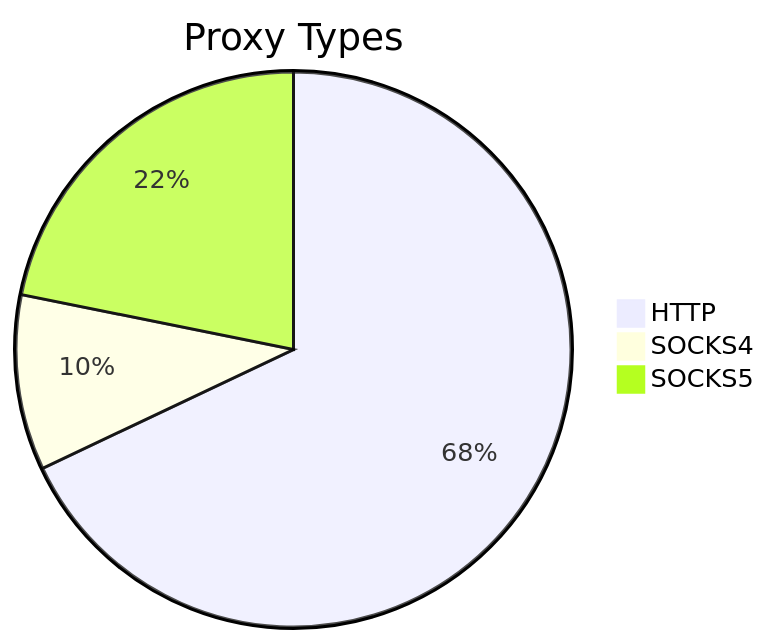
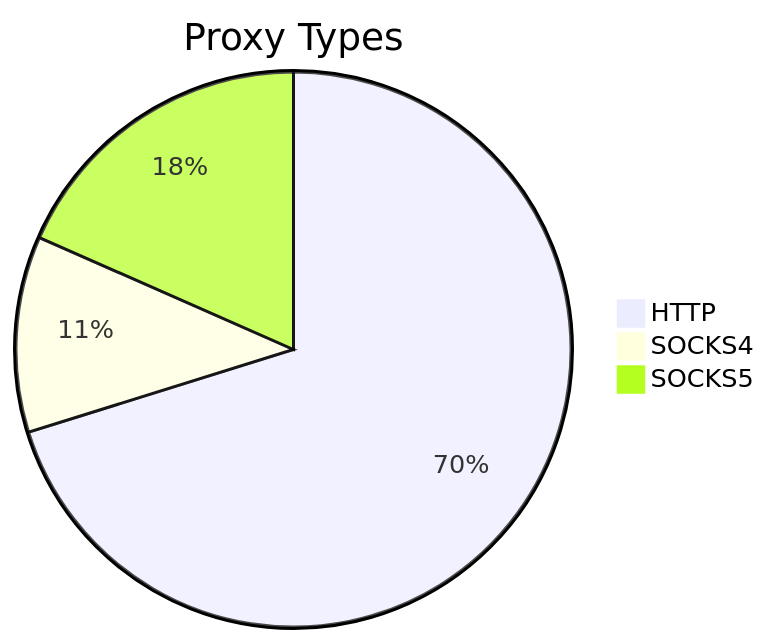
Before and after one commit to stormsia/proxy-list: the first of 2 diagrams in README.md, drawn with Mermaid. The commit also changed other lines of this file, not shown here.

````diff
--- a/README.md
+++ b/README.md
@@ -21,6 +21,6 @@
 ```mermaid
 pie title Proxy Types
-    "HTTP" : 193
-    "SOCKS4" : 29
-    "SOCKS5" : 62
+    "HTTP" : 412
+    "SOCKS4" : 67
+    "SOCKS5" : 108
 ```
````
